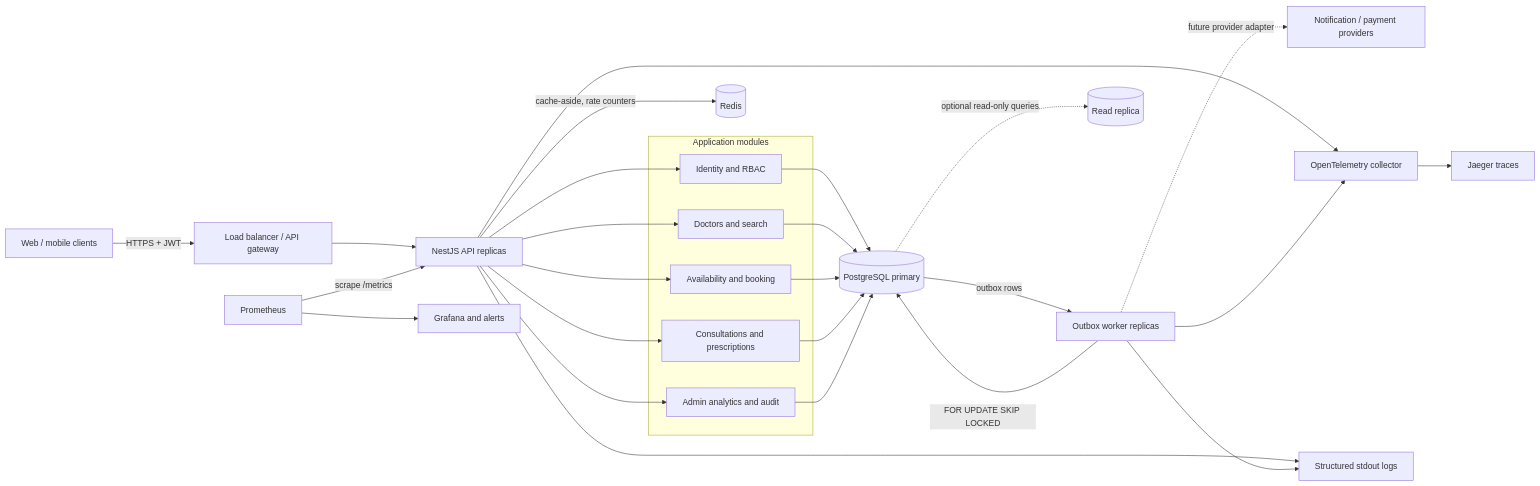
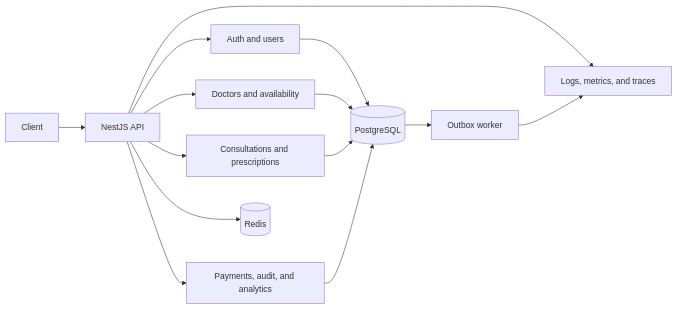
The first of 2 diagrams in docs/architecture.md (suryanshishere/telemedicine-backend), drawn with Mermaid before and after one commit. The commit also changed other lines of this file and 6 other files, not shown here.

````diff
--- a/docs/architecture.md
+++ b/docs/architecture.md
@@ -14,38 +7,16 @@
 ```mermaid
 flowchart LR
-    C[Web / mobile clients] -->|HTTPS + JWT| E[Load balancer / API gateway]
-    E --> A[NestJS API replicas]
-
-    subgraph M[Application modules]
-      I[Identity and RBAC]
-      D[Doctors and search]
-      B[Availability and booking]
-      K[Consultations and prescriptions]
-      N[Admin analytics and audit]
-    end
-
-    A --> I
-    A --> D
-    A --> B
-    A --> K
-    A --> N
-    I --> P[(PostgreSQL primary)]
-    D --> P
-    B --> P
-    K --> P
-    N --> P
-
-    A -->|cache-aside, rate counters| R[(Redis)]
-    P -->|outbox rows| W[Outbox worker replicas]
-    W -->|FOR UPDATE SKIP LOCKED| P
-    W -. future provider adapter .-> X[Notification / payment providers]
-    P -. optional read-only queries .-> Q[(Read replica)]
-
-    A --> O[OpenTelemetry collector]
-    W --> O
-    O --> J[Jaeger traces]
-    S[Prometheus] -->|scrape /metrics| A
-    S --> G[Grafana and alerts]
-    A --> L[Structured stdout logs]
-    W --> L
+    Client --> API[NestJS API]
+    API --> Auth[Auth and users]
+    API --> Doctors[Doctors and availability]
+    API --> Consultations[Consultations and prescriptions]
+    API --> Admin[Payments, audit, and analytics]
+    Auth --> DB[(PostgreSQL)]
+    Doctors --> DB
+    Consultations --> DB
+    Admin --> DB
+    API --> Redis[(Redis)]
+    DB --> Worker[Outbox worker]
+    API --> Telemetry[Logs, metrics, and traces]
+    Worker --> Telemetry
 ```
````
